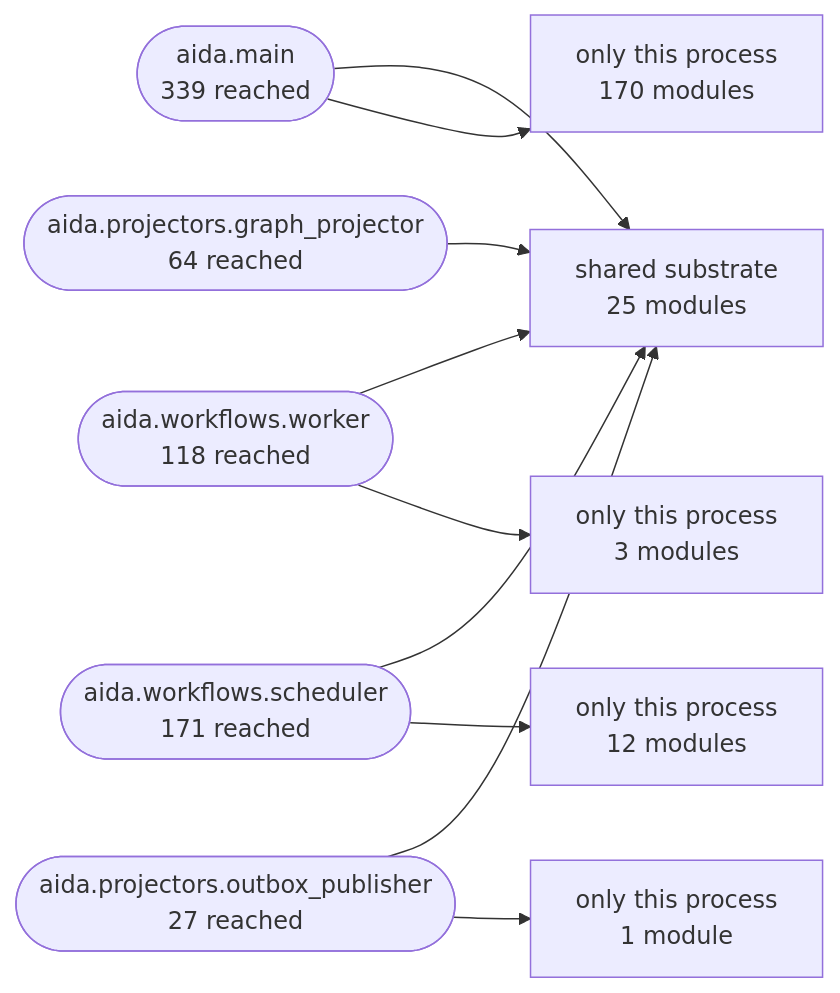
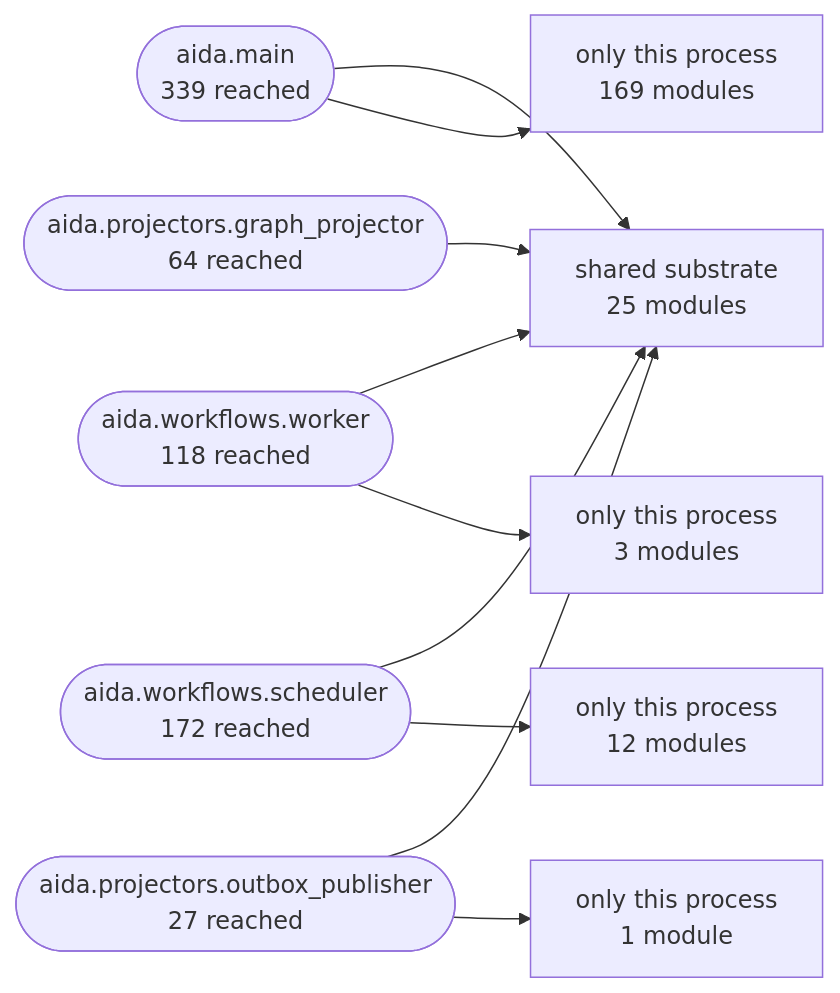
One commit to karuppusamym/AIDataAnalyst changed the second of 3 diagrams in Docs/10-architecture/14-generated-architecture-map.md. Above: the diagram before and after it, drawn with Mermaid. The commit also changed other lines of this file and 14 other files, not shown here.

````diff
--- a/Docs/10-architecture/14-generated-architecture-map.md
+++ b/Docs/10-architecture/14-generated-architecture-map.md
@@ -173,22 +173,22 @@
 ```mermaid
 graph LR
   shared["shared substrate<br/>25 modules"]
   aida_main(["aida.main<br/>339 reached"])
   aida_workflows_worker(["aida.workflows.worker<br/>118 reached"])
-  aida_workflows_scheduler(["aida.workflows.scheduler<br/>171 reached"])
+  aida_workflows_scheduler(["aida.workflows.scheduler<br/>172 reached"])
   aida_projectors_graph_projector(["aida.projectors.graph_projector<br/>64 reached"])
   aida_projectors_outbox_publisher(["aida.projectors.outbox_publisher<br/>27 reached"])
   aida_main --> shared
-  only_aida_main["only this process<br/>170 modules"]
+  only_aida_main["only this process<br/>169 modules"]
   aida_main --> only_aida_main
   aida_workflows_worker --> shared
   only_aida_workflows_worker["only this process<br/>3 modules"]
   aida_workflows_worker --> only_aida_workflows_worker
   aida_workflows_scheduler --> shared
   only_aida_workflows_scheduler["only this process<br/>12 modules"]
   aida_workflows_scheduler --> only_aida_workflows_scheduler
   aida_projectors_graph_projector --> shared
   aida_projectors_outbox_publisher --> shared
   only_aida_projectors_outbox_publisher["only this process<br/>1 module"]
   aida_projectors_outbox_publisher --> only_aida_projectors_outbox_publisher
 ```
````
